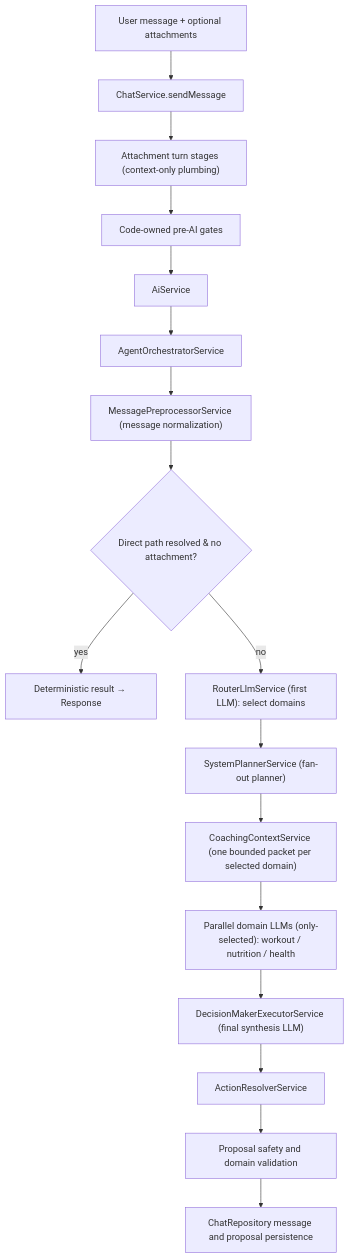
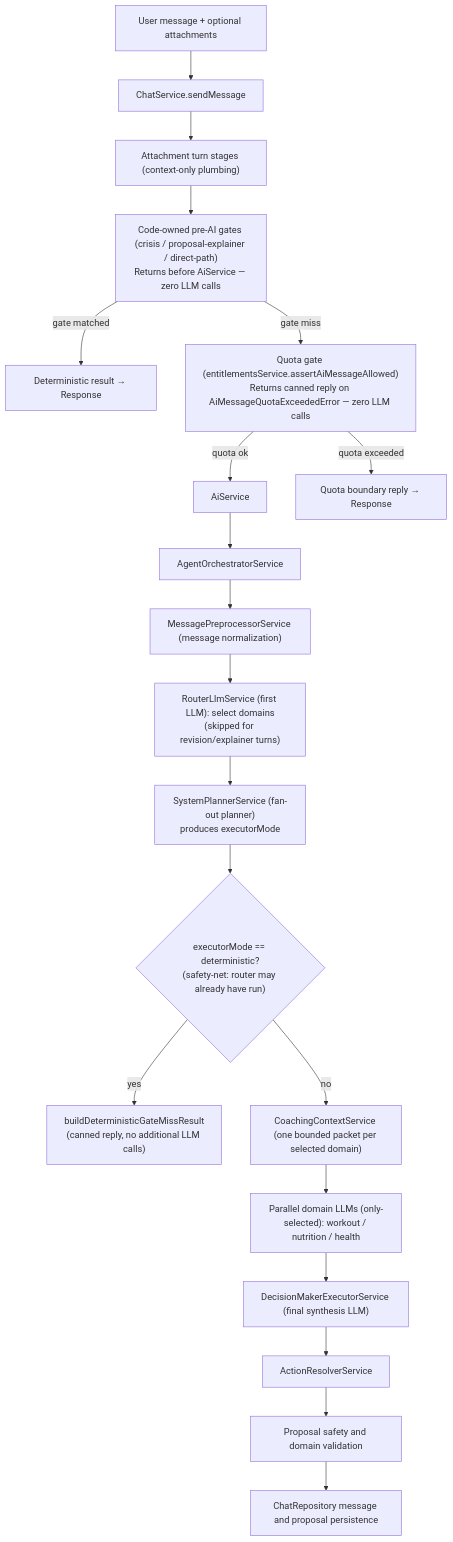
Before and after one commit to IldarRash/HealthTracer: the diagram in docs/architecture/llm-pipeline.md, drawn with Mermaid. The commit also changed other lines of this file and 26 other files, not shown here.

````diff
--- a/docs/architecture/llm-pipeline.md
+++ b/docs/architecture/llm-pipeline.md
@@ -27,19 +28,22 @@
 ```mermaid
 flowchart TD
   userTurn["User message + optional attachments"] --> chatService["ChatService.sendMessage"]
   chatService --> attachmentStages["Attachment turn stages (context-only plumbing)"]
-  attachmentStages --> preAiGates["Code-owned pre-AI gates"]
-  preAiGates --> aiService["AiService"]
+  attachmentStages --> preAiGates["Code-owned pre-AI gates (crisis / proposal-explainer / direct-path)\nReturns before AiService — zero LLM calls"]
+  preAiGates -- "gate matched" --> deterministic["Deterministic result → Response"]
+  preAiGates -- "gate miss" --> quotaGate["Quota gate (entitlementsService.assertAiMessageAllowed)\nReturns canned reply on AiMessageQuotaExceededError — zero LLM calls"]
+  quotaGate -- "quota ok" --> aiService["AiService"]
+  quotaGate -- "quota exceeded" --> quotaReply["Quota boundary reply → Response"]
   aiService --> orchestrator["AgentOrchestratorService"]
   orchestrator --> preprocessor["MessagePreprocessorService (message normalization)"]
-  preprocessor --> directPath{"Direct path resolved & no attachment?"}
-  directPath -- yes --> deterministic["Deterministic result → Response"]
-  directPath -- no --> router["RouterLlmService (first LLM): select domains"]
-  router --> planner["SystemPlannerService (fan-out planner)"]
-  planner --> context["CoachingContextService (one bounded packet per selected domain)"]
+  preprocessor --> router["RouterLlmService (first LLM): select domains\n(skipped for revision/explainer turns)"]
+  router --> planner["SystemPlannerService (fan-out planner)\nproduces executorMode"]
+  planner --> deterministicMode{"executorMode == deterministic?\n(safety-net: router may already have run)"}
+  deterministicMode -- yes --> gateMiss["buildDeterministicGateMissResult\n(canned reply, no additional LLM calls)"]
+  deterministicMode -- no --> context["CoachingContextService (one bounded packet per selected domain)"]
   context --> domainLlms["Parallel domain LLMs (only-selected): workout / nutrition / health"]
   domainLlms --> decision["DecisionMakerExecutorService (final synthesis LLM)"]
   decision --> actionResolver["ActionResolverService"]
   actionResolver --> validation["Proposal safety and domain validation"]
   validation --> persistence["ChatRepository message and proposal persistence"]
 ```
````
